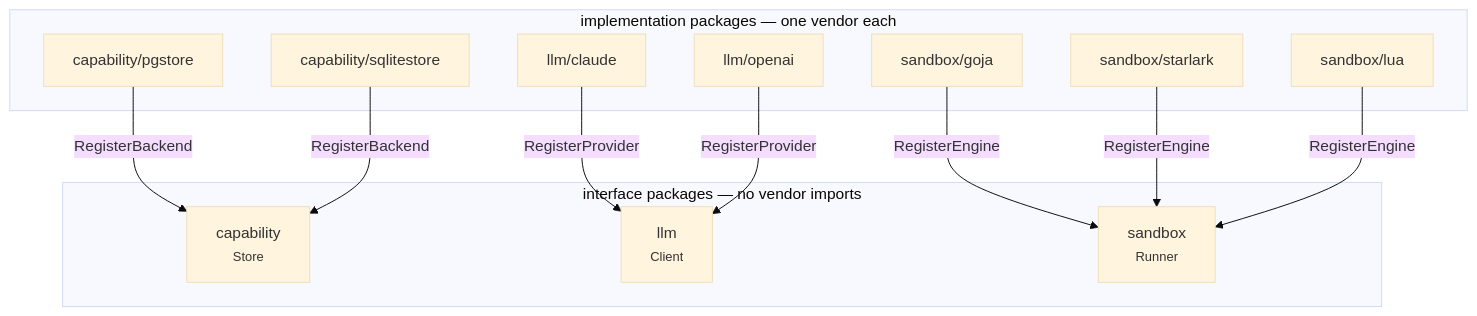
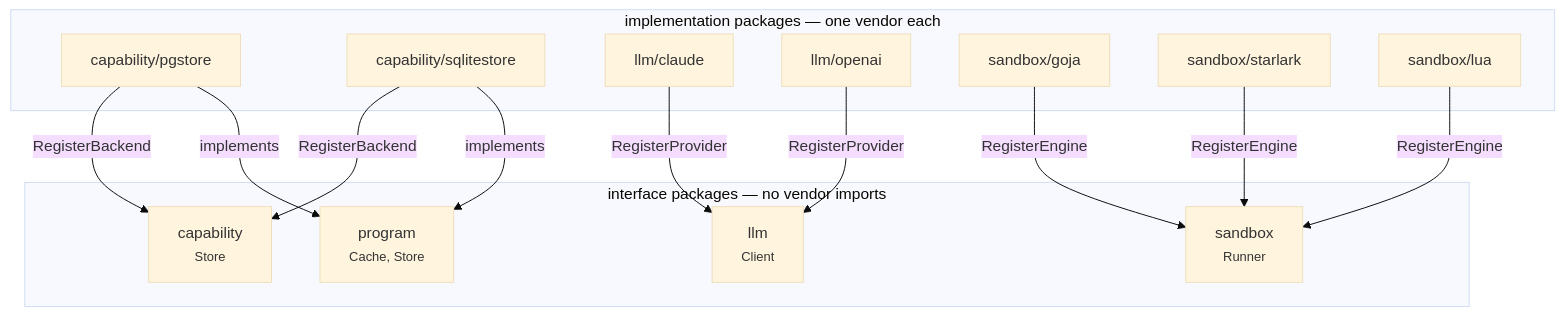
The diagram in docs/content/dependencies.md (mukezhz/codemode), drawn with Mermaid (base theme) before and after one commit.

Commit message:
docs: show program port in the seams diagram

````diff
--- a/docs/content/dependencies.md
+++ b/docs/content/dependencies.md
@@ -63,24 +63,27 @@
 ```mermaid
 flowchart TB
   subgraph interfaces["interface packages — no vendor imports"]
     cap["capability<br/><small>Store</small>"]
     llm["llm<br/><small>Client</small>"]
     sb["sandbox<br/><small>Runner</small>"]
+    prog["program<br/><small>Cache, Store</small>"]
   end
   subgraph impls["implementation packages — one vendor each"]
     pg["capability/pgstore"]
     lite["capability/sqlitestore"]
     claude["llm/claude"]
     oai["llm/openai"]
     goja["sandbox/goja"]
     star["sandbox/starlark"]
     lua["sandbox/lua"]
   end
   pg -->|"RegisterBackend"| cap
   lite -->|"RegisterBackend"| cap
   claude -->|"RegisterProvider"| llm
   oai -->|"RegisterProvider"| llm
   goja -->|"RegisterEngine"| sb
   star -->|"RegisterEngine"| sb
   lua -->|"RegisterEngine"| sb
+  lite -->|"implements"| prog
+  pg -->|"implements"| prog
 ```
````
